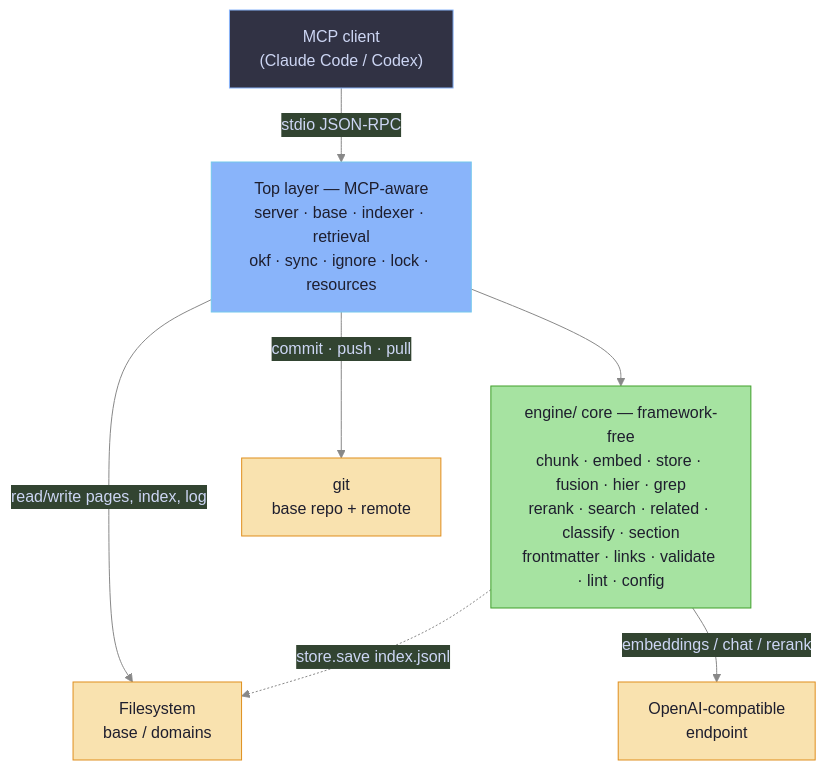
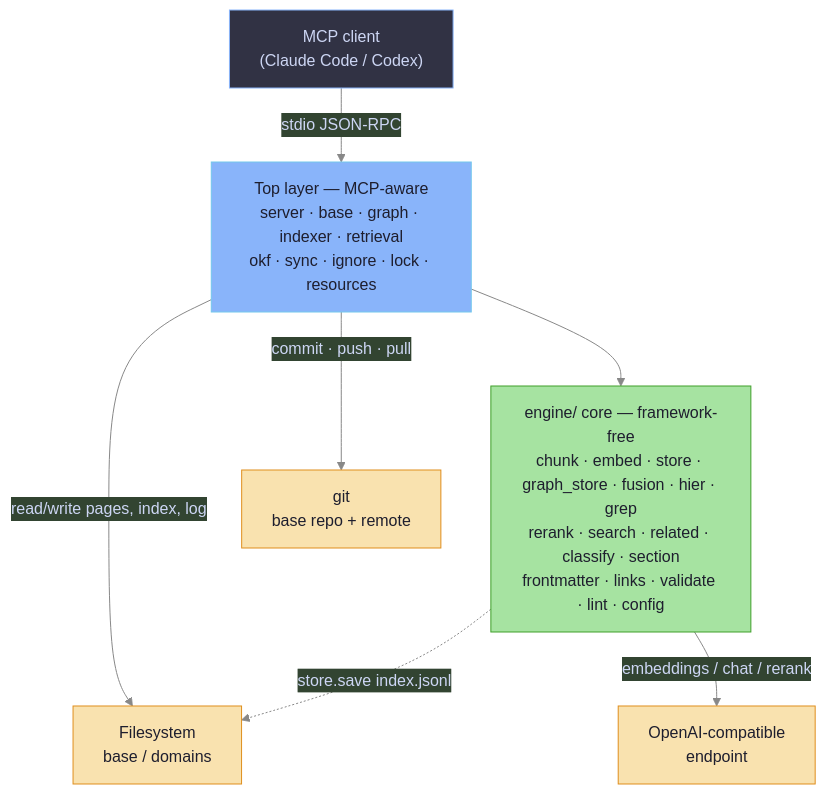
Before and after one commit to ikeniborn/iwiki-mcp: the first of 21 diagrams in docs/architecture.md, drawn with Mermaid. The commit also changed other lines of this file and 6 other files, not shown here.

Commit message:
fix: reject graph snapshot races

````diff
--- a/docs/architecture.md
+++ b/docs/architecture.md
@@ -36,22 +36,22 @@
 ```mermaid
 %%{init: {'theme': 'base', 'themeVariables': {'background': '#1e1e2e', 'primaryColor': '#313244', 'primaryTextColor': '#cdd6f4', 'primaryBorderColor': '#89b4fa', 'lineColor': '#888888'}}}%%
 flowchart TB
     Client["MCP client<br/>(Claude Code / Codex)"]
     Client -->|"stdio JSON-RPC"| Top
 
-    Top["Top layer — MCP-aware<br/>server · base · indexer · retrieval<br/>okf · sync · ignore · lock · resources"]
-    Engine["engine/ core — framework-free<br/>chunk · embed · store · fusion · hier · grep<br/>rerank · search · related · classify · section<br/>frontmatter · links · validate · lint · config"]
+    Top["Top layer — MCP-aware<br/>server · base · graph · indexer · retrieval<br/>okf · sync · ignore · lock · resources"]
+    Engine["engine/ core — framework-free<br/>chunk · embed · store · graph_store · fusion · hier · grep<br/>rerank · search · related · classify · section<br/>frontmatter · links · validate · lint · config"]
 
     Top --> Engine
     Top -->|"read/write pages, index, log"| fs["Filesystem<br/>base / domains"]
     Top -->|"commit · push · pull"| git["git<br/>base repo + remote"]
     Engine -.->|"store.save index.jsonl"| fs
     Engine -->|"embeddings / chat / rerank"| llm["OpenAI-compatible<br/>endpoint"]
 
     classDef topcls fill:#89b4fa,color:#1e1e2e,stroke:#74c7ec,stroke-width:1px
     classDef engcls fill:#a6e3a1,color:#1e1e2e,stroke:#40a02b
     classDef extcls fill:#f9e2af,color:#1e1e2e,stroke:#df8e1d
     class Top topcls
     class Engine engcls
     class fs,git,llm extcls
 ```
````
